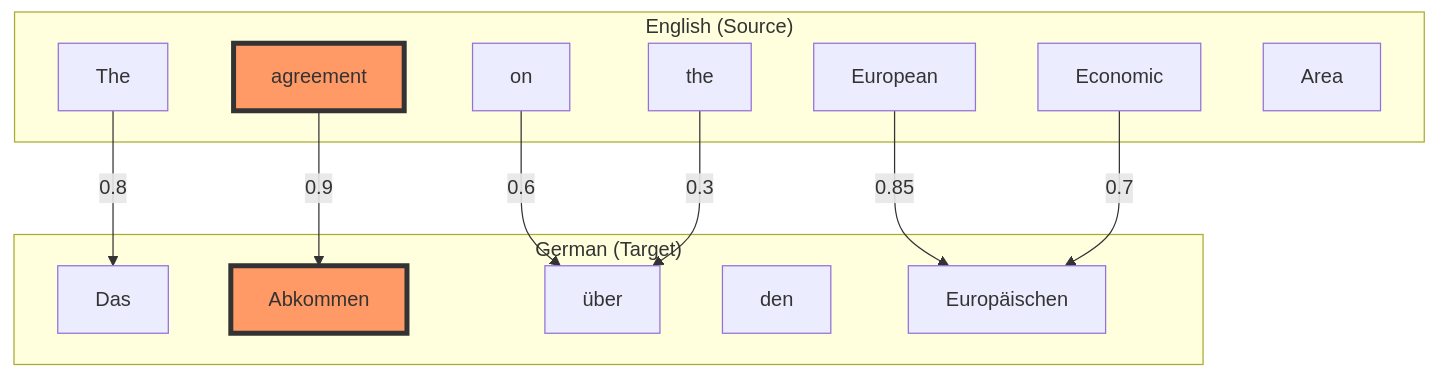
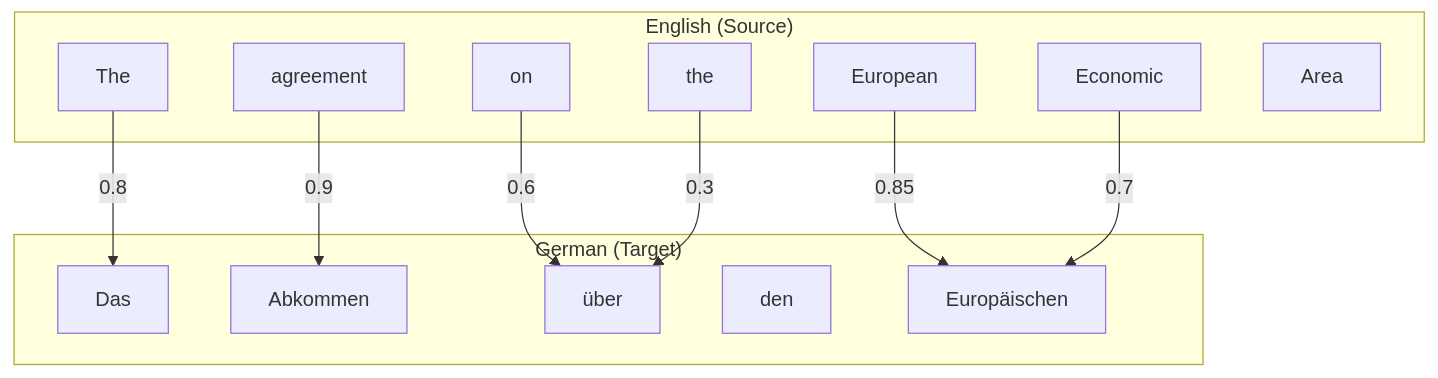
One commit to Shaddix/mostlylucidweb changed the eighth of 15 diagrams in Mostlylucid/Markdown/how-neural-machine-translation-works.md. Above: the diagram before and after it, drawn with Mermaid. The commit also changed other lines of this file and 7 other files, not shown here.

````diff
--- a/Mostlylucid/Markdown/how-neural-machine-translation-works.md
+++ b/Mostlylucid/Markdown/how-neural-machine-translation-works.md
@@ -430,30 +428,28 @@
 ```mermaid
 graph TD
     subgraph "English (Source)"
         E1[The]
         E2[agreement]
         E3[on]
         E4[the]
         E5[European]
         E6[Economic]
         E7[Area]
     end
 
     subgraph "German (Target)"
         G1[Das]
         G2[Abkommen]
         G3[über]
         G4[den]
         G5[Europäischen]
     end
 
     E1 -->|0.8| G1
     E2 -->|0.9| G2
     E3 -->|0.6| G3
     E4 -->|0.3| G3
     E5 -->|0.85| G5
     E6 -->|0.7| G5
 
-    style E2 fill:#f96,stroke:#333,stroke-width:4px
-    style G2 fill:#f96,stroke:#333,stroke-width:4px
 ```
````
